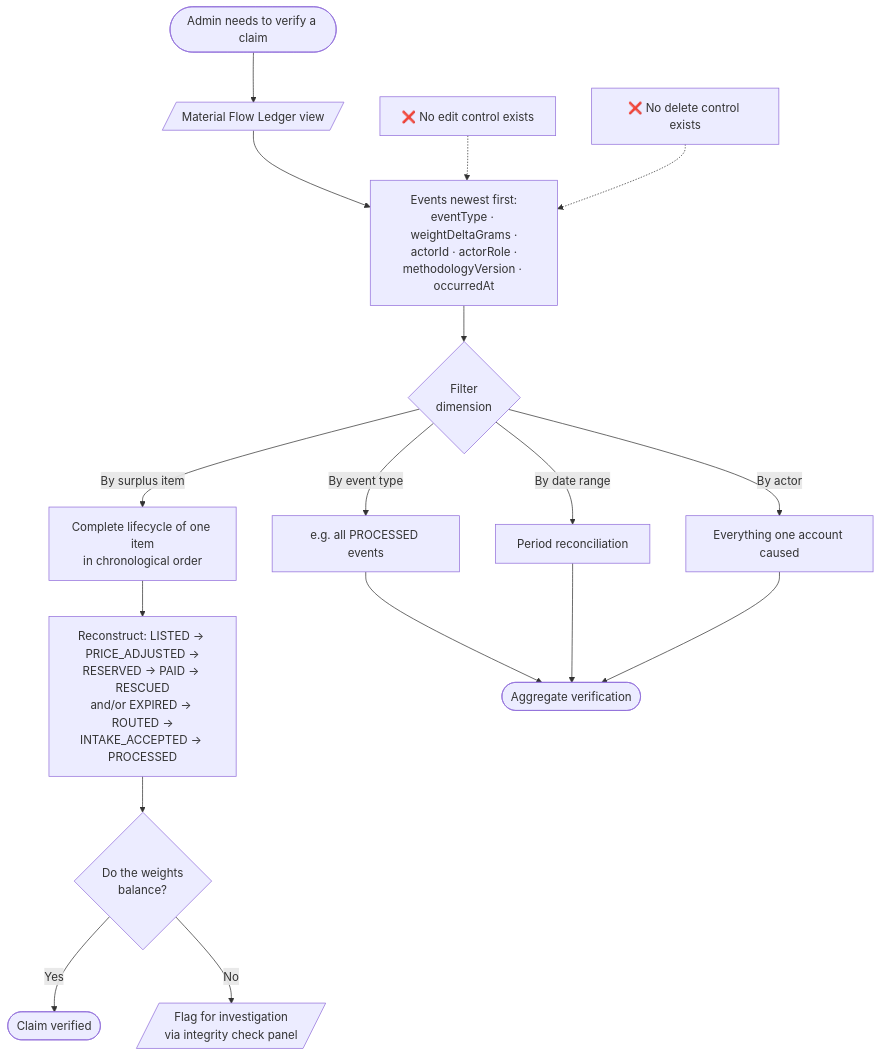
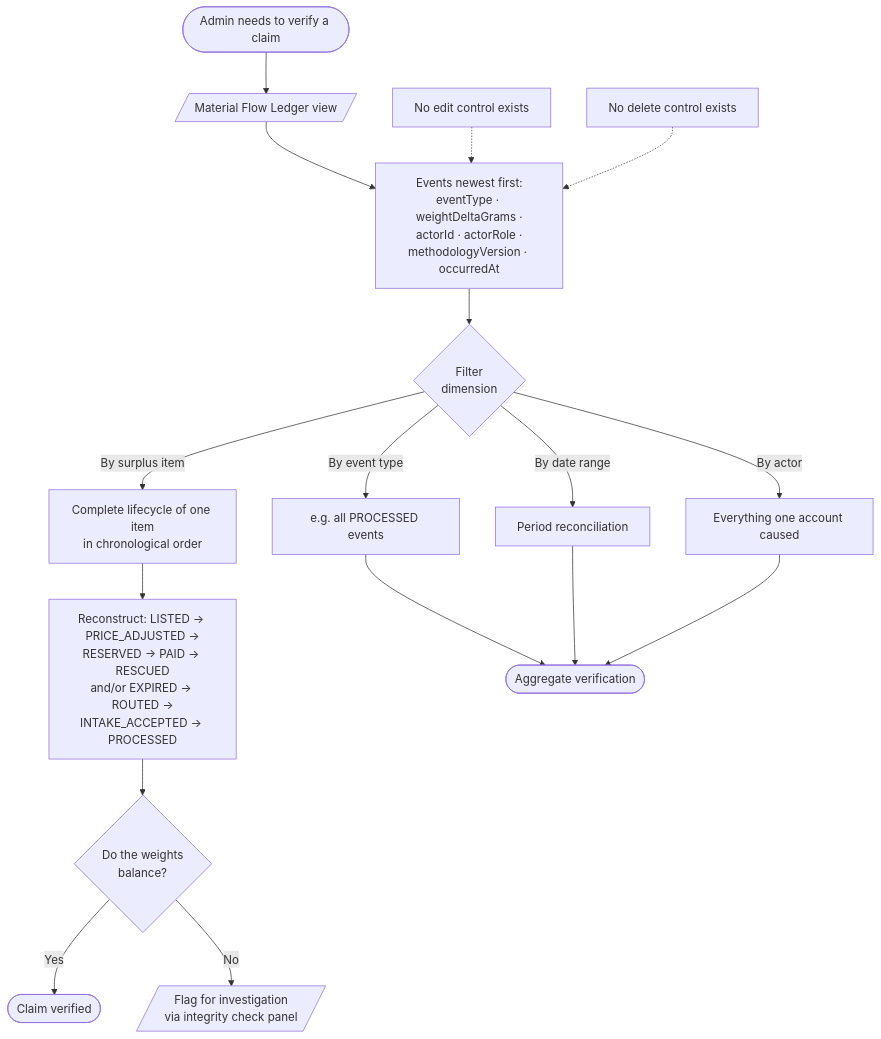
One commit to 201dev/cirquo changed diagram 18 of 25 in docs/spec/USER_FLOW.md. Above: the diagram before and after it, drawn with Mermaid. The commit also changed other lines of this file and 56 other files, not shown here.

````diff
--- a/docs/spec/USER_FLOW.md
+++ b/docs/spec/USER_FLOW.md
@@ -797,20 +797,20 @@
 ```mermaid
 flowchart TD
     A([Admin needs to verify a claim]) --> B[/Material Flow Ledger view/]
     B --> C[Events newest first:<br/>eventType · weightDeltaGrams ·<br/>actorId · actorRole ·<br/>methodologyVersion · occurredAt]
     C --> D{Filter<br/>dimension}
     D -->|By surplus item| E[Complete lifecycle of one item<br/>in chronological order]
     D -->|By event type| F[e.g. all PROCESSED events]
     D -->|By date range| G[Period reconciliation]
     D -->|By actor| H[Everything one account caused]
     E --> I[Reconstruct: LISTED → PRICE_ADJUSTED →<br/>RESERVED → PAID → RESCUED<br/>and/or EXPIRED → ROUTED →<br/>INTAKE_ACCEPTED → PROCESSED]
     I --> J{Do the weights<br/>balance?}
     J -->|Yes| K([Claim verified])
     J -->|No| L[/Flag for investigation<br/>via integrity check panel/]
     F --> M([Aggregate verification])
     G --> M
     H --> M
 
-    N[❌ No edit control exists] -.-> C
-    O[❌ No delete control exists] -.-> C
+    N[No edit control exists] -.-> C
+    O[No delete control exists] -.-> C
 ```
````
